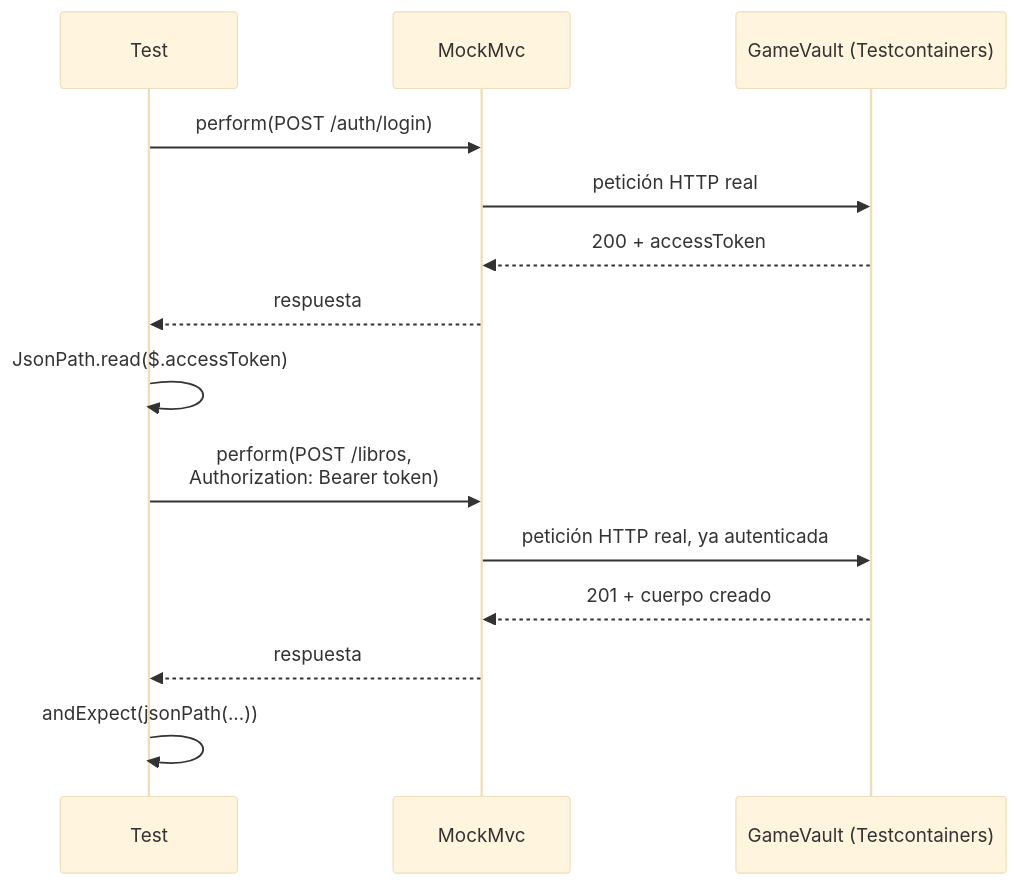
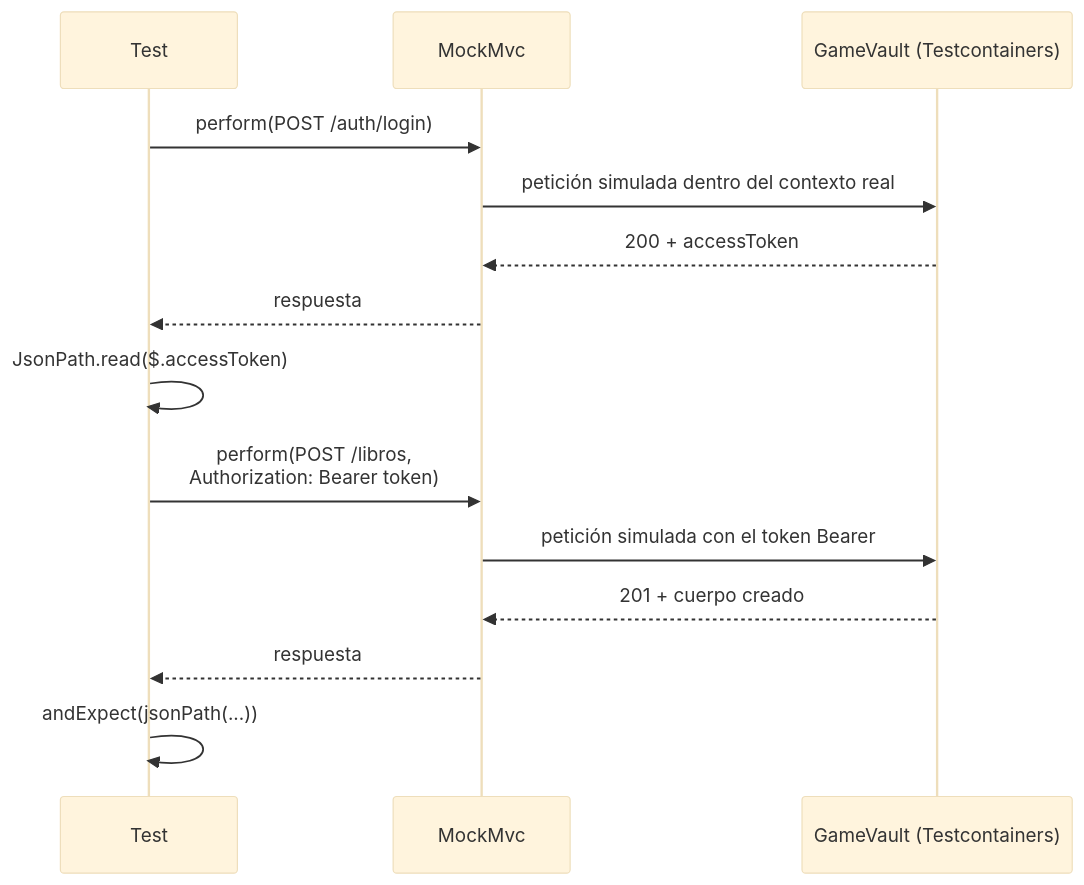
The first of 2 diagrams in docs/tema2/bd-orientadas-a-objetos.md (aitorventura/acceso-a-datos), drawn with Mermaid (base theme) before and after one commit. The commit also changed other lines of this file and 5 other files, not shown here.

````diff
--- a/docs/tema2/bd-orientadas-a-objetos.md
+++ b/docs/tema2/bd-orientadas-a-objetos.md
@@ -161,18 +171,18 @@
 ```mermaid
 sequenceDiagram
     participant Test
     participant MockMvc
     participant App as GameVault (Testcontainers)
 
     Test->>MockMvc: perform(POST /auth/login)
-    MockMvc->>App: petición HTTP real
+    MockMvc->>App: petición simulada dentro del contexto real
     App-->>MockMvc: 200 + accessToken
     MockMvc-->>Test: respuesta
     Test->>Test: JsonPath.read($.accessToken)
 
     Test->>MockMvc: perform(POST /libros,<br/>Authorization: Bearer token)
-    MockMvc->>App: petición HTTP real, ya autenticada
+    MockMvc->>App: petición simulada con el token Bearer
     App-->>MockMvc: 201 + cuerpo creado
     MockMvc-->>Test: respuesta
     Test->>Test: andExpect(jsonPath(...))
 ```
````
